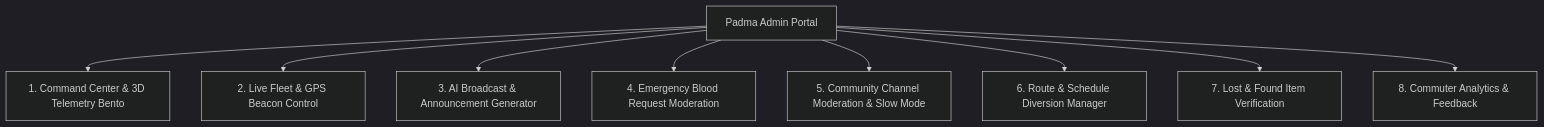
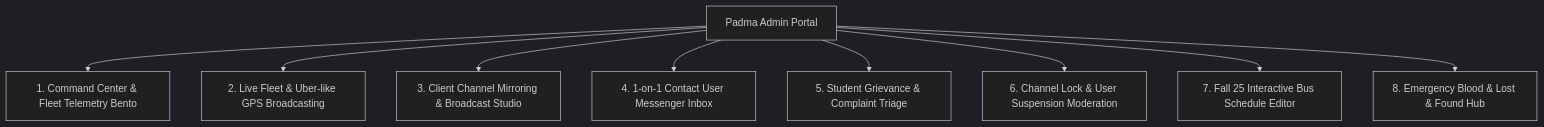
The diagram in docs/ADMIN_PANEL.md (ArKoSaHa-AUST/Padma), drawn with Mermaid (dark theme) before and after one commit. The commit also changed other lines of this file, not shown here.

Commit message:
docs(admin): update architecture manual for trip authorization, contact inbox, and moderation

````diff
--- a/docs/ADMIN_PANEL.md
+++ b/docs/ADMIN_PANEL.md
@@ -21,12 +21,12 @@
 ```mermaid
 graph TD
     Admin[Padma Admin Portal]
-    Admin --> C1[1. Command Center & 3D Telemetry Bento]
-    Admin --> C2[2. Live Fleet & GPS Beacon Control]
-    Admin --> C3[3. AI Broadcast & Announcement Generator]
-    Admin --> C4[4. Emergency Blood Request Moderation]
-    Admin --> C5[5. Community Channel Moderation & Slow Mode]
-    Admin --> C6[6. Route & Schedule Diversion Manager]
-    Admin --> C7[7. Lost & Found Item Verification]
-    Admin --> C8[8. Commuter Analytics & Feedback]
+    Admin --> C1[1. Command Center & Fleet Telemetry Bento]
+    Admin --> C2[2. Live Fleet & Uber-like GPS Broadcasting]
+    Admin --> C3[3. Client Channel Mirroring & Broadcast Studio]
+    Admin --> C4[4. 1-on-1 Contact User Messenger Inbox]
+    Admin --> C5[5. Student Grievance & Complaint Triage]
+    Admin --> C6[6. Channel Lock & User Suspension Moderation]
+    Admin --> C7[7. Fall 25 Interactive Bus Schedule Editor]
+    Admin --> C8[8. Emergency Blood & Lost & Found Hub]
 ```
````
